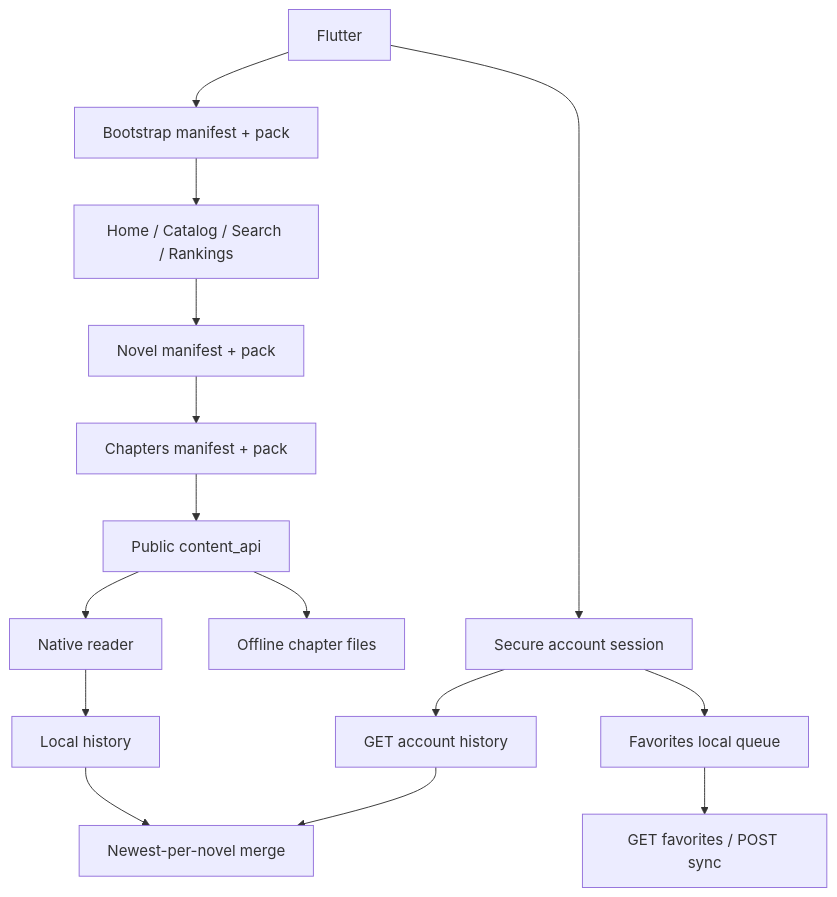
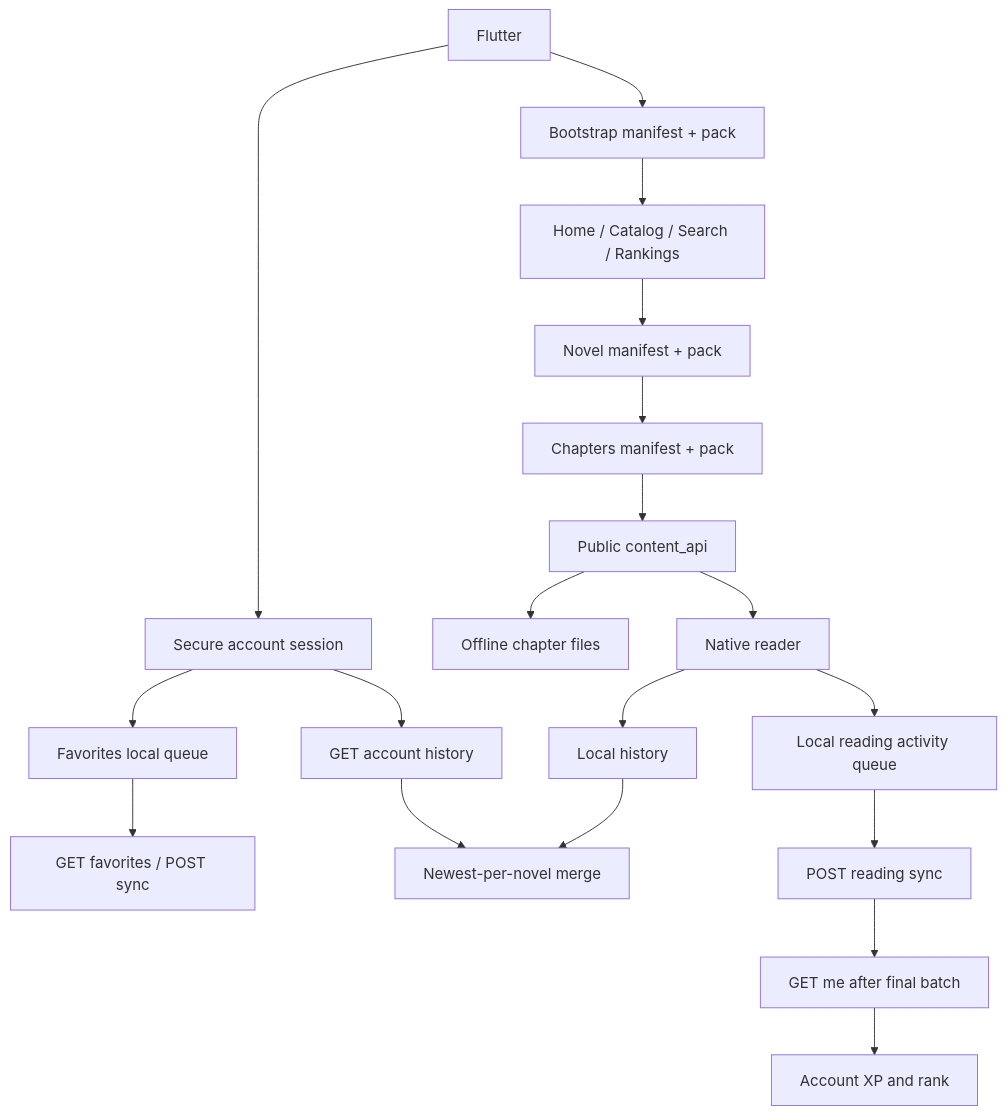
One commit to mohmaedeslam00116/Galaxy-Novels changed the diagram in galaxy_novels_app/docs/app_api_gap_audit.md. Above: the diagram before and after it, drawn with Mermaid. The commit also changed other lines of this file and 1 other file, not shown here.

First line of the commit message:
docs(account): complete server profile refresh audit

````diff
--- a/galaxy_novels_app/docs/app_api_gap_audit.md
+++ b/galaxy_novels_app/docs/app_api_gap_audit.md
@@ -42,17 +42,21 @@
 ```mermaid
 flowchart TD
     A["Flutter"] --> B["Bootstrap manifest + pack"]
     B --> C["Home / Catalog / Search / Rankings"]
     C --> D["Novel manifest + pack"]
     D --> E["Chapters manifest + pack"]
     E --> F["Public content_api"]
     F --> G["Native reader"]
     G --> H["Local history"]
     F --> I["Offline chapter files"]
     A --> J["Secure account session"]
     J --> K["Favorites local queue"]
     K --> L["GET favorites / POST sync"]
     J --> M["GET account history"]
     H --> N["Newest-per-novel merge"]
     M --> N
+    G --> O["Local reading activity queue"]
+    O --> P["POST reading sync"]
+    P --> Q["GET me after final batch"]
+    Q --> R["Account XP and rank"]
 ```
````
